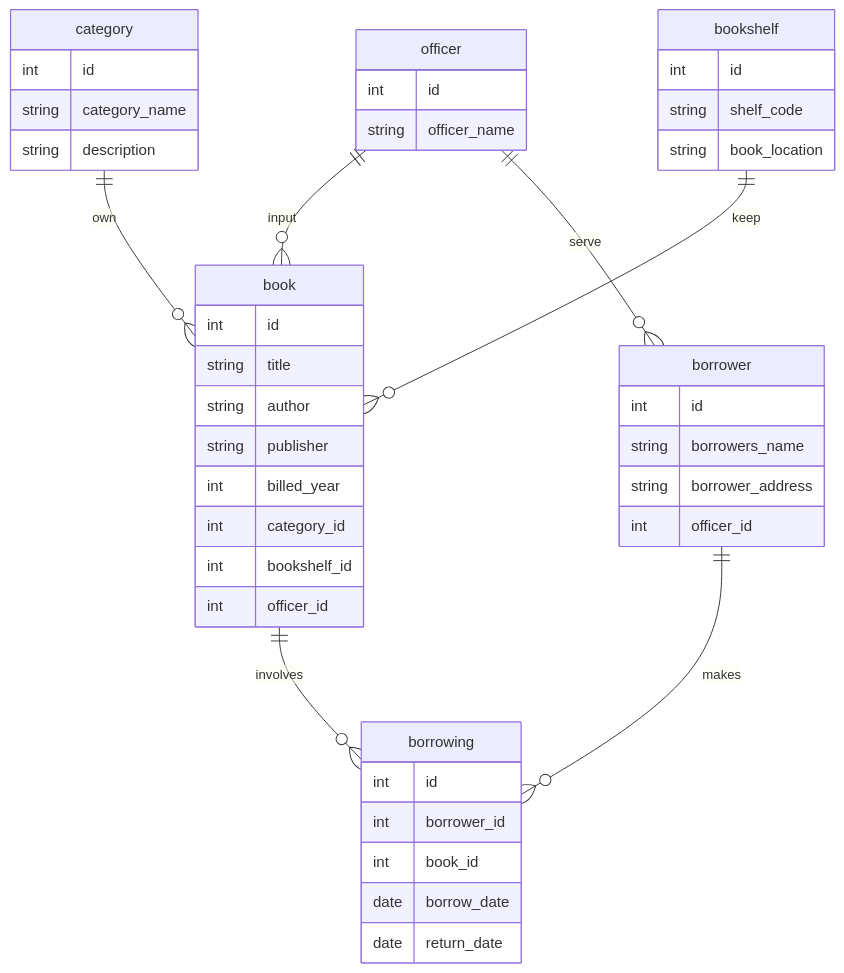
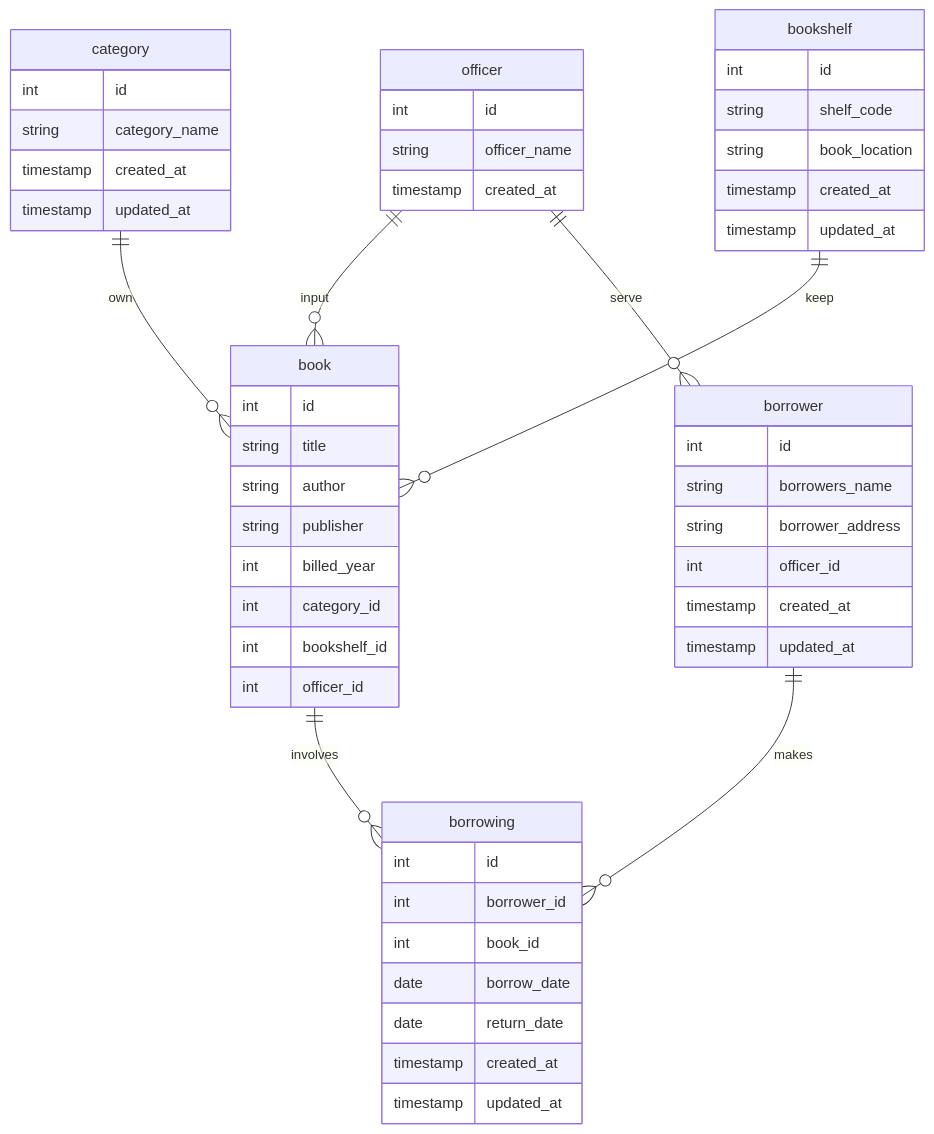
One commit to MohamadDimasPrayoga1010/koda-b4-db1 changed the diagram in erd-perpustakaan.md. Above: the diagram before and after it, drawn with Mermaid.

Commit message:
refactor: normalisasi erd

````diff
--- a/erd-perpustakaan.md
+++ b/erd-perpustakaan.md
@@ -1,55 +1,63 @@
 ```mermaid
 erDiagram
 
 book {
     int id
     string title
     string author
     string publisher
     int billed_year
     int category_id
     int bookshelf_id
     int officer_id
 }
 
 category {
     int id
     string category_name
-    string description
+    timestamp created_at
+    timestamp updated_at
 }
 
 bookshelf {
     int id
     string shelf_code
     string book_location
+    timestamp created_at
+    timestamp updated_at
 }
 
 officer {
     int id
     string officer_name
+    timestamp created_at
 }
 
 borrower {
     int id
     string borrowers_name
     string borrower_address
     int officer_id
+    timestamp created_at
+    timestamp updated_at
 }
 
 borrowing {
     int id
     int borrower_id
     int book_id
     date borrow_date
     date return_date
+    timestamp created_at
+    timestamp updated_at
 }
 
 category ||--o{ book : "own"
 bookshelf ||--o{ book : "keep"
 officer ||--o{ book : "input"
 officer ||--o{ borrower : "serve"
 borrower ||--o{ borrowing : "makes"
 book ||--o{ borrowing : "involves"
 
 
 ```
````
